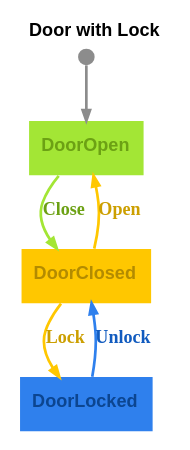
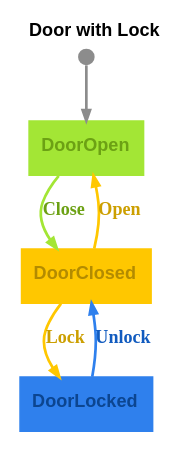
The diagram in graphs/door-with-lock.dot (m-bock/purescript-transit), drawn with Graphviz before and after one commit. The commit also changed 25 other files, not shown here.

Commit message:
Refactor graph definitions to enhance visual consistency by updating color attributes for nodes and edges across various dot and svg files. Adjust pen widths and color settings in the Door, Color Ring, and House of Santa Claus examples for improved clarity and aesthetics.

```diff
--- a/graphs/door-with-lock.dot
+++ b/graphs/door-with-lock.dot
@@ -1,13 +1,13 @@
 digraph 
 {
-rankdir = "TD";fontname = "Arial";label = <<b>Door with Lock</b>>;labelloc = "t";fontsize = 12;bgcolor = "#ffffff"
-DoorOpen [shape = "box", label = <<b>DoorOpen</b>>, fontsize = 12, style = "filled", fillcolor = "#a3e635", fontcolor = "#6ca114", fontname = "Arial", labelloc = "c", penwidth = 0.0]
+rankdir = "TD";fontname = "Arial";label = <<b>Door with Lock</b>>;labelloc = "t";fontsize = 12;bgcolor = "#ffffff";fontcolor = "#000000"
+DoorOpen [shape = "box", label = <<b>DoorOpen</b>>, fontsize = 12, style = "filled", fillcolor = "#a3e635", fontcolor = "#6ca114", color = "#a3e635", fontname = "Arial", labelloc = "c", penwidth = 1.0]
 __Start__ [shape = "circle", label = "", width = 0.15, height = 0.15, fixedsize = true, style = "filled", fillcolor = "#8c8c8c", penwidth = 0.0]
 __Start__ -> DoorOpen [color = "#8c8c8c", fontsize = 12, arrowsize = "0.7", penwidth = 1.8]
 DoorOpen -> DoorClosed [color = "#a3e635", fontcolor = "#6ca114", fontsize = 12, arrowsize = "0.7", label = <<b>Close</b>>, penwidth = 1.8]
-DoorClosed [shape = "box", label = <<b>DoorClosed</b>>, fontsize = 12, style = "filled", fillcolor = "#ffc700", fontcolor = "#b38b00", fontname = "Arial", labelloc = "c", penwidth = 0.0]
+DoorClosed [shape = "box", label = <<b>DoorClosed</b>>, fontsize = 12, style = "filled", fillcolor = "#ffc700", fontcolor = "#b38b00", color = "#ffc700", fontname = "Arial", labelloc = "c", penwidth = 1.0]
 DoorClosed -> DoorOpen [color = "#ffc700", fontcolor = "#cc9f00", fontsize = 12, arrowsize = "0.7", label = <<b>Open</b>>, penwidth = 1.8]
 DoorClosed -> DoorLocked [color = "#ffc700", fontcolor = "#cc9f00", fontsize = 12, arrowsize = "0.7", label = <<b>Lock</b>>, penwidth = 1.8]
-DoorLocked [shape = "box", label = <<b>DoorLocked</b>>, fontsize = 12, style = "filled", fillcolor = "#2f80ed", fontcolor = "#0c4590", fontname = "Arial", labelloc = "c", penwidth = 0.0]
+DoorLocked [shape = "box", label = <<b>DoorLocked</b>>, fontsize = 12, style = "filled", fillcolor = "#2f80ed", fontcolor = "#0c4590", color = "#2f80ed", fontname = "Arial", labelloc = "c", penwidth = 1.0]
 DoorLocked -> DoorClosed [color = "#2f80ed", fontcolor = "#115bbf", fontsize = 12, arrowsize = "0.7", label = <<b>Unlock</b>>, penwidth = 1.8]
 }
```
